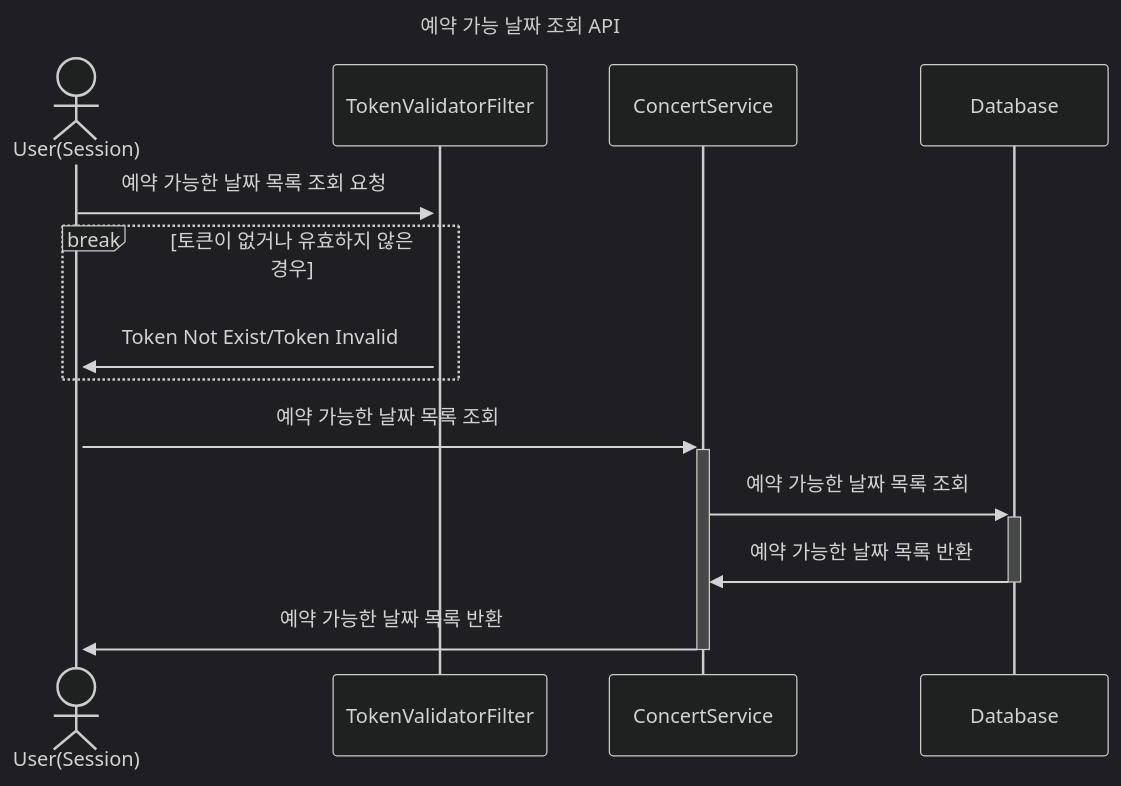
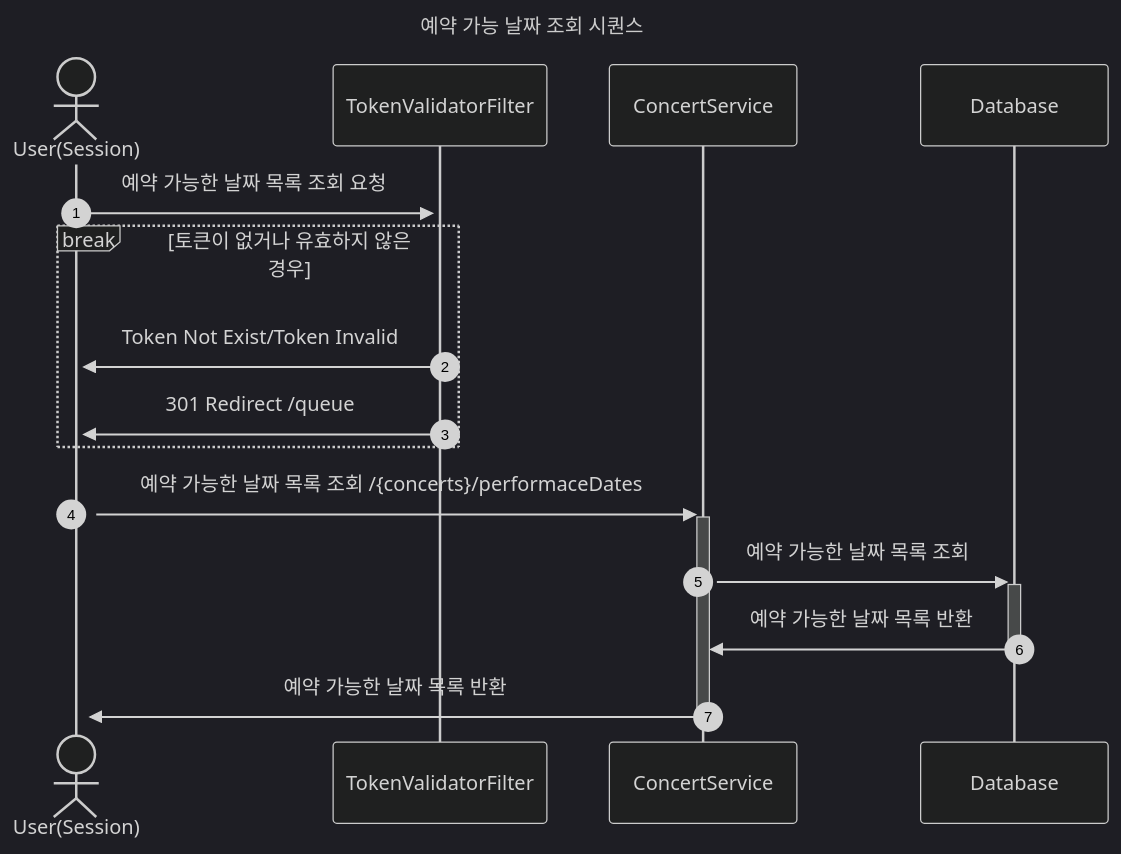
Before and after one commit to hpp-backend-15/java-concert-joonhyeokyang: the first of 2 diagrams in docs/sequence/예약-가능-날짜-좌석.md, drawn with Mermaid (dark theme). The commit also changed other lines of this file and 4 other files, not shown here.

Commit message:
docs: 다이어그램 작성 (토큰 대기열/예약 날짜, 좌석)

````diff
--- a/docs/sequence/예약-가능-날짜-좌석.md
+++ b/docs/sequence/예약-가능-날짜-좌석.md
@@ -9,19 +9,20 @@
 ```mermaid
 
 sequenceDiagram
-    title 예약 가능 날짜 조회 API
+    autonumber
+    title 예약 가능 날짜 조회 시퀀스
     actor u as User(Session)
     participant tvf as TokenValidatorFilter
     participant cs as ConcertService
     participant db as Database
-    
-    u->>+tvf: 예약 가능한 날짜 목록 조회 요청
+    u ->>+ tvf: 예약 가능한 날짜 목록 조회 요청
     break 토큰이 없거나 유효하지 않은 경우
-        tvf->>+u: Token Not Exist/Token Invalid
+        tvf ->>+ u: Token Not Exist/Token Invalid
+        tvf ->>+ u: 301 Redirect /queue
     end
-    
-    u->>+cs: 예약 가능한 날짜 목록 조회
-    cs->>+db: 예약 가능한 날짜 목록 조회
-    db->>-cs: 예약 가능한 날짜 목록 반환
-    cs->>-u: 예약 가능한 날짜 목록 반환
+
+    u ->>+ cs: 예약 가능한 날짜 목록 조회 /{concerts}/performaceDates
+    cs ->>+ db: 예약 가능한 날짜 목록 조회
+    db ->>- cs: 예약 가능한 날짜 목록 반환
+    cs ->>- u: 예약 가능한 날짜 목록 반환
 ```
````
